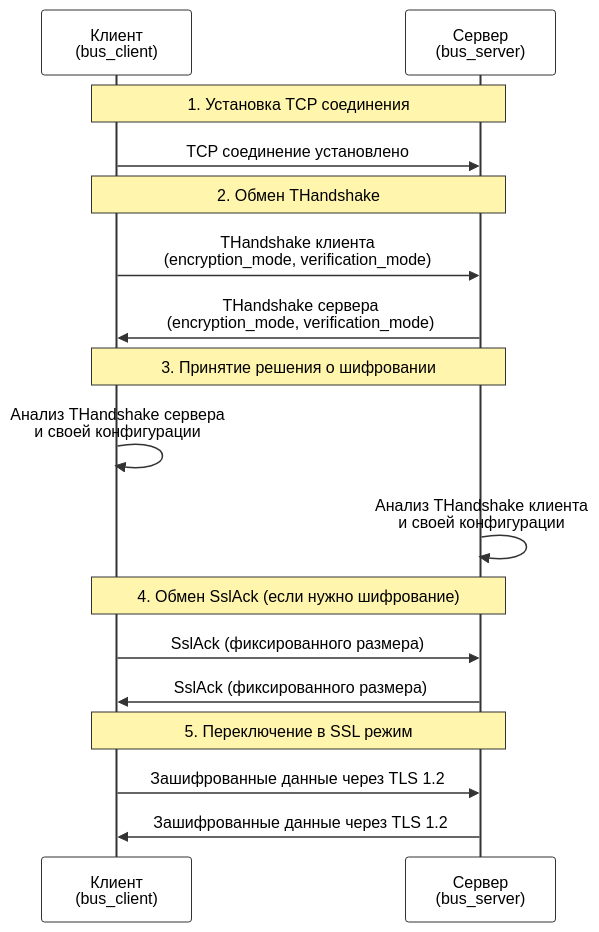
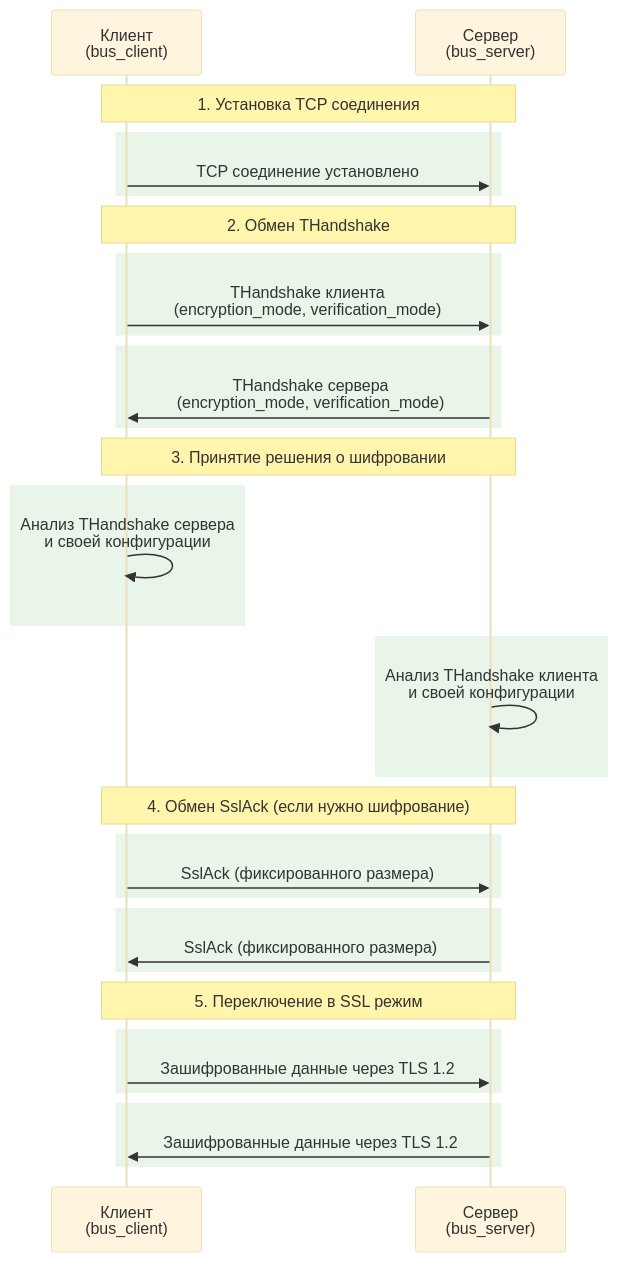
One commit to ytsaurus/ytsaurus changed the third of 3 diagrams in yt/docs/ru/_includes/admin-guide/handshake.md. Above: the diagram before and after it, drawn with Mermaid. The commit also changed other lines of this file, not shown here.

````diff
--- a/yt/docs/ru/_includes/admin-guide/handshake.md
+++ b/yt/docs/ru/_includes/admin-guide/handshake.md
@@ -131,43 +110,43 @@
 ```mermaid
-%%{init: {'theme':'base', 'themeVariables': {
-    'fontSize': '12px',
-    'background': '#f5f5f5',
-    'primaryColor': '#fff',
-    'primaryTextColor': '#000',
-    'primaryBorderColor': '#333',
-    'lineColor': '#333',
-    'secondaryColor': '#f0f0f0',
-    'tertiaryColor': '#fff',
-    'noteTextColor': '#000',
-    'noteBkgColor': '#fff5ad',
-    'noteBorderColor': '#333',
-    'actorTextColor': '#000',
-    'actorBkg': '#fff',
-    'actorBorder': '#333',
-    'actorLineColor': '#333',
-    'signalColor': '#333',
-    'signalTextColor': '#000'
-}}}%%
+%%{init: {'theme':'base', 'themeVariables': { 'fontSize': '12px' }}}%%
 sequenceDiagram
     participant C as Клиент<br/>(bus_client)
     participant S as Сервер<br/>(bus_server)
-    
+
     Note over C,S: 1. Установка TCP соединения
+    rect rgb(232, 245, 232)
     C->>S: TCP соединение установлено
-    
+    end
+
     Note over C,S: 2. Обмен THandshake
+    rect rgb(232, 245, 232)
     C->>S: THandshake клиента<br/>(encryption_mode, verification_mode)
+    end
+    rect rgb(232, 245, 232)
     S->>C: THandshake сервера<br/>(encryption_mode, verification_mode)
-    
+    end
+
     Note over C,S: 3. Принятие решения о шифровании
+    rect rgb(232, 245, 232)
     C->>C: Анализ THandshake сервера<br/>и своей конфигурации
+    end
+    rect rgb(232, 245, 232)
     S->>S: Анализ THandshake клиента<br/>и своей конфигурации
-    
+    end
+
     Note over C,S: 4. Обмен SslAck (если нужно шифрование)
+    rect rgb(232, 245, 232)
     C->>S: SslAck (фиксированного размера)
+    end
+    rect rgb(232, 245, 232)
     S->>C: SslAck (фиксированного размера)
-    
+    end
+
     Note over C,S: 5. Переключение в SSL режим
+    rect rgb(232, 245, 232)
     C->>S: Зашифрованные данные через TLS 1.2
+    end
+    rect rgb(232, 245, 232)
     S->>C: Зашифрованные данные через TLS 1.2
+    end
 ```
````
